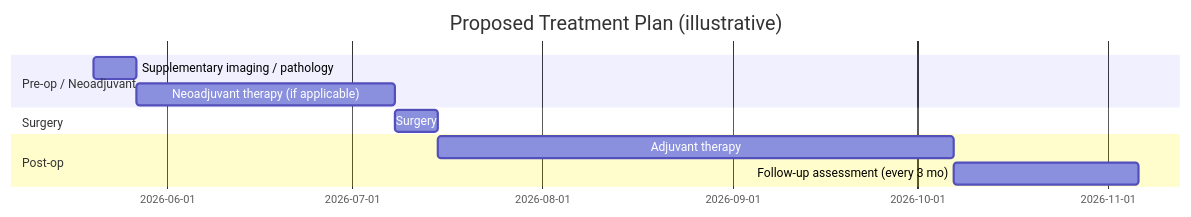
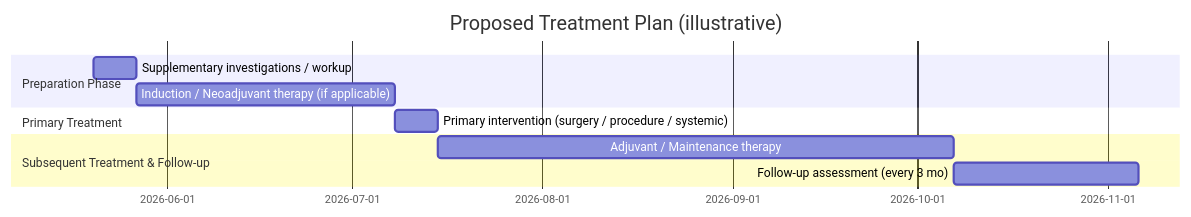
The second of 2 diagrams in prompts/en/coordinator_synthesis.md (xhyccc/MDTAgents), drawn with Mermaid before and after one commit. The commit also changed other lines of this file and 11 other files, not shown here.

````diff
--- a/prompts/en/coordinator_synthesis.md
+++ b/prompts/en/coordinator_synthesis.md
@@ -119,13 +123,13 @@
 ```mermaid
 gantt
     title Proposed Treatment Plan (illustrative)
     dateFormat  YYYY-MM-DD
-    section Pre-op / Neoadjuvant
-    Supplementary imaging / pathology   :a1, 2026-05-20, 7d
-    Neoadjuvant therapy (if applicable) :a2, after a1, 42d
-    section Surgery
-    Surgery                             :b1, after a2, 7d
-    section Post-op
-    Adjuvant therapy                    :c1, after b1, 84d
+    section Preparation Phase
+    Supplementary investigations / workup   :a1, 2026-05-20, 7d
+    Induction / Neoadjuvant therapy (if applicable) :a2, after a1, 42d
+    section Primary Treatment
+    Primary intervention (surgery / procedure / systemic) :b1, after a2, 7d
+    section Subsequent Treatment & Follow-up
+    Adjuvant / Maintenance therapy      :c1, after b1, 84d
     Follow-up assessment (every 3 mo)   :c2, after c1, 30d
 ```
````
